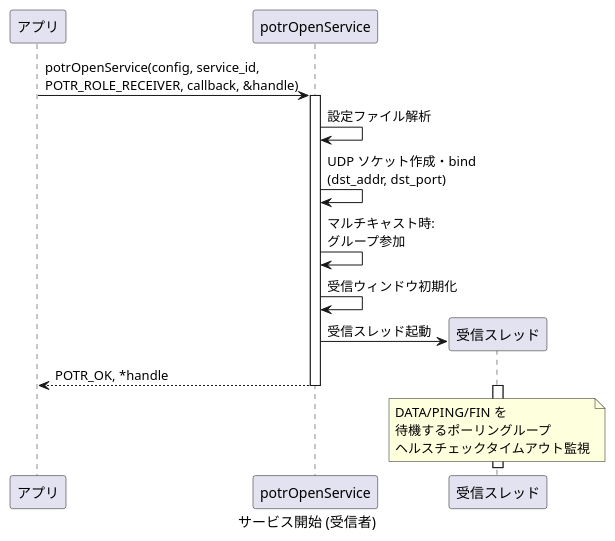
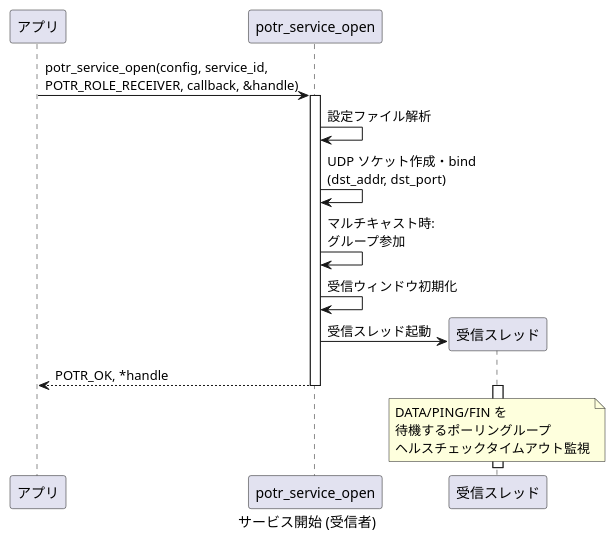
The second of 30 diagrams in docs/sequence.md (Hondarer/app_porter), drawn with PlantUML before and after one commit. The commit also changed other lines of this file and 148 other files, not shown here.

````diff
--- a/docs/sequence.md
+++ b/docs/sequence.md
@@ -50,26 +50,26 @@
 ```plantuml
 @startuml サービス開始 (受信者)
 caption サービス開始 (受信者)
 
 participant "アプリ" as APP
-participant "potrOpenService" as OPEN
+participant "potr_service_open" as OPEN
 participant "受信スレッド" as RT
 
-APP -> OPEN: potrOpenService(config, service_id,\nPOTR_ROLE_RECEIVER, callback, &handle)
+APP -> OPEN: potr_service_open(config, service_id,\nPOTR_ROLE_RECEIVER, callback, &handle)
 
 activate OPEN
 OPEN -> OPEN: 設定ファイル解析
 OPEN -> OPEN: UDP ソケット作成・bind\n(dst_addr, dst_port)
 OPEN -> OPEN: マルチキャスト時:\nグループ参加
 OPEN -> OPEN: 受信ウィンドウ初期化
 
 OPEN -> RT**: 受信スレッド起動
 
 OPEN --> APP: POTR_OK, *handle
 deactivate OPEN
 
 activate RT
 note over RT: DATA/PING/FIN を\n待機するポーリングループ\nヘルスチェックタイムアウト監視
 
 @enduml
 ```
````
